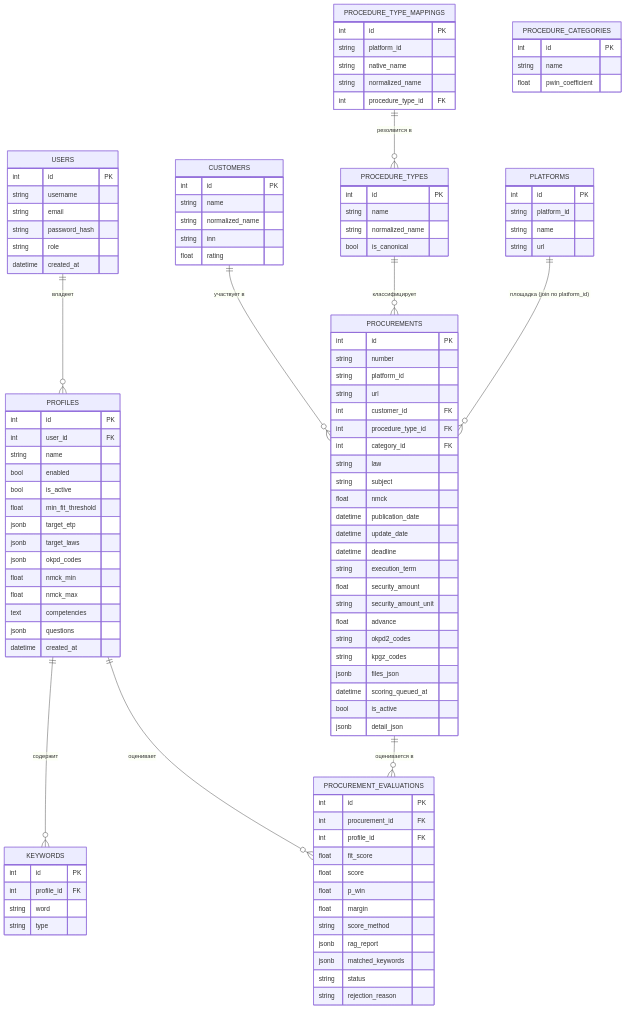
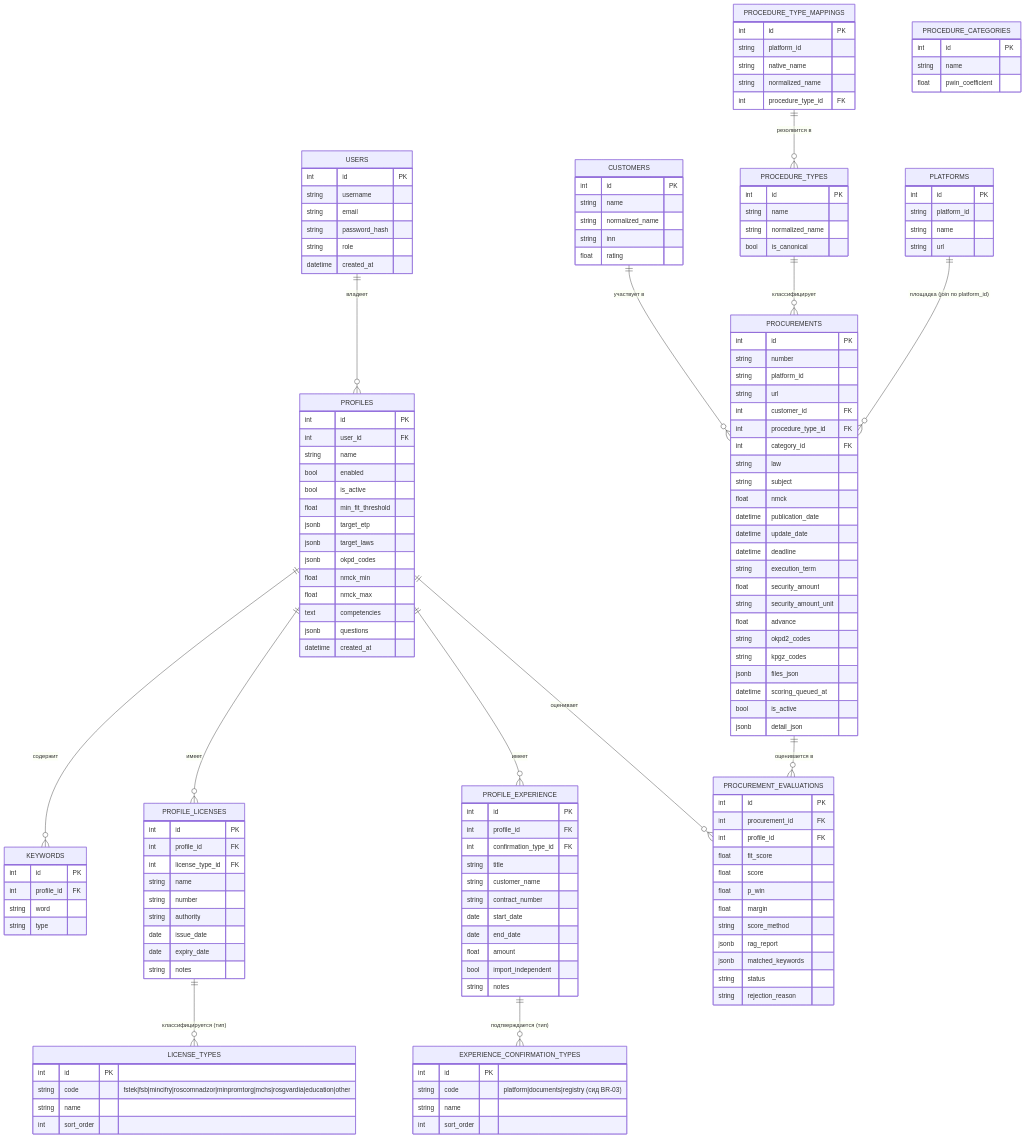
The first of 2 diagrams in docs/system_analysis/04_Data_and_NFR/01_er_diagram.md (igorvolk1961/zakupki_parser), drawn with Mermaid before and after one commit. The commit also changed other lines of this file and 8 other files, not shown here.

Commit message:
feat: лицензии и подтверждённый опыт в профиле (справочники license_types и experience_confirmation_types с сидом BR-03, таблицы profile_licenses/profile_experience, вложенный CRUD, вкладки «Лицензии» и «Опыт», миграция 1.37)

```diff
--- a/docs/system_analysis/04_Data_and_NFR/01_er_diagram.md
+++ b/docs/system_analysis/04_Data_and_NFR/01_er_diagram.md
@@ -11,6 +11,10 @@
 erDiagram
     USERS ||--o{ PROFILES : "владеет"
     PROFILES ||--o{ KEYWORDS : "содержит"
+    PROFILES ||--o{ PROFILE_LICENSES : "имеет"
+    PROFILES ||--o{ PROFILE_EXPERIENCE : "имеет"
+    PROFILE_EXPERIENCE ||--o{ EXPERIENCE_CONFIRMATION_TYPES : "подтверждается (тип)"
+    PROFILE_LICENSES ||--o{ LICENSE_TYPES : "классифицируется (тип)"
     PROFILES ||--o{ PROCUREMENT_EVALUATIONS : "оценивает"
     PROCUREMENTS ||--o{ PROCUREMENT_EVALUATIONS : "оценивается в"
     CUSTOMERS ||--o{ PROCUREMENTS : "участвует в"
@@ -49,6 +53,46 @@
         int profile_id FK
         string word
         string type
+    }
+
+    LICENSE_TYPES {
+        int id PK
+        string code "fstek|fsb|mincifry|roscomnadzor|minpromtorg|mchs|rosgvardia|education|other"
+        string name
+        int sort_order
+    }
+
+    PROFILE_LICENSES {
+        int id PK
+        int profile_id FK
+        int license_type_id FK
+        string name
+        string number
+        string authority
+        date issue_date
+        date expiry_date
+        string notes
+    }
+
+    EXPERIENCE_CONFIRMATION_TYPES {
+        int id PK
+        string code "platform|documents|registry (сид BR-03)"
+        string name
+        int sort_order
+    }
+
+    PROFILE_EXPERIENCE {
+        int id PK
+        int profile_id FK
+        int confirmation_type_id FK
+        string title
+        string customer_name
+        string contract_number
+        date start_date
+        date end_date
+        float amount
+        bool import_independent
+        string notes
     }
 
     CUSTOMERS {
```
